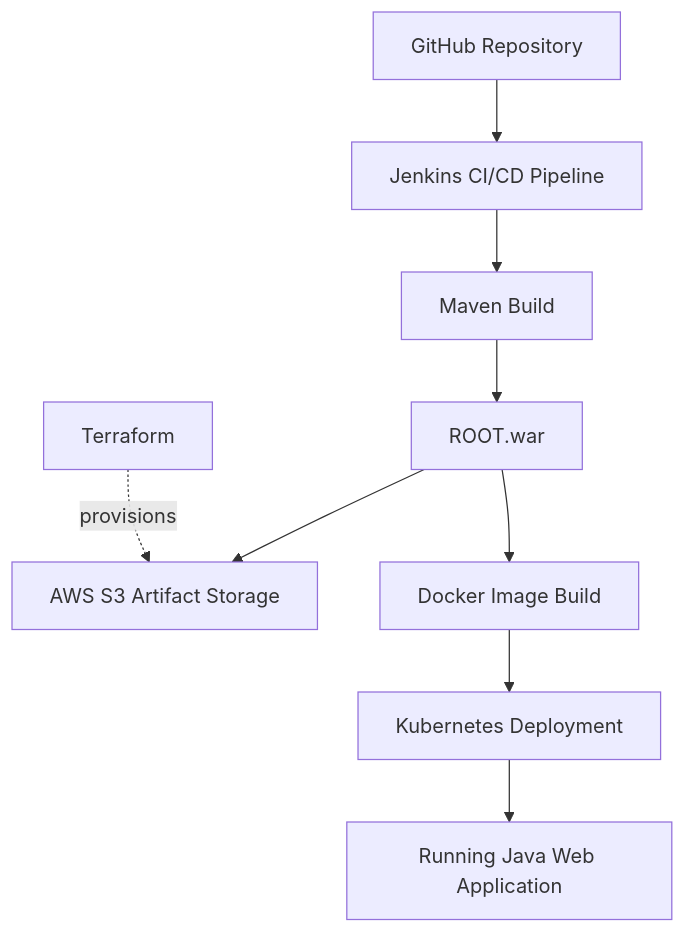
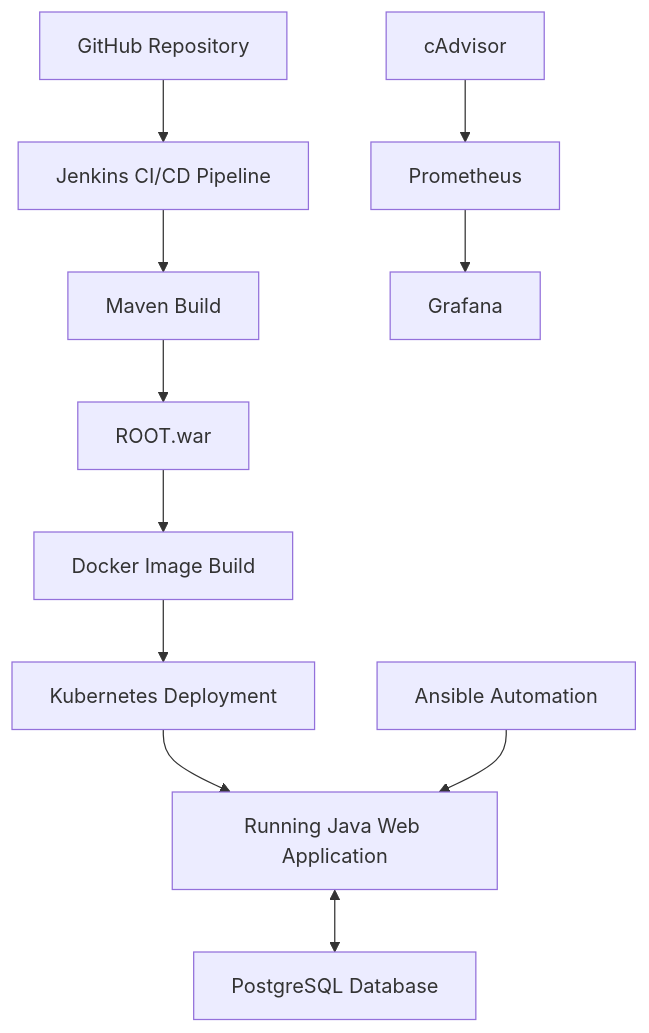
One commit to vidyashreekrishnamurthy/devops-cicd-project changed the diagram in architecture.mmd. Above: the diagram before and after it, drawn with Mermaid.

Commit message:
Update DevOps project architecture diagram 3.
Reorganized flowchart to improve clarity of CI/CD process and added database and monitoring components.

```diff
--- a/architecture.mmd
+++ b/architecture.mmd
@@ -1,10 +1,12 @@
-
 flowchart TD
     A[GitHub Repository] --> B[Jenkins CI/CD Pipeline]
     B --> C[Maven Build]
     C --> D[ROOT.war]
-    D --> E[AWS S3 Artifact Storage]
-    D --> F[Docker Image Build]
-    F --> G[Kubernetes Deployment]
-    G --> H[Running Java Web Application]
-    I[Terraform] -. provisions .-> E
+    D --> E[Docker Image Build]
+    E --> F[Kubernetes Deployment]
+    F --> G[Running Java Web Application]
+    G <--> H[PostgreSQL Database]
+
+    I[Ansible Automation] --> G
+    J[Prometheus] --> K[Grafana]
+    L[cAdvisor] --> J
```
